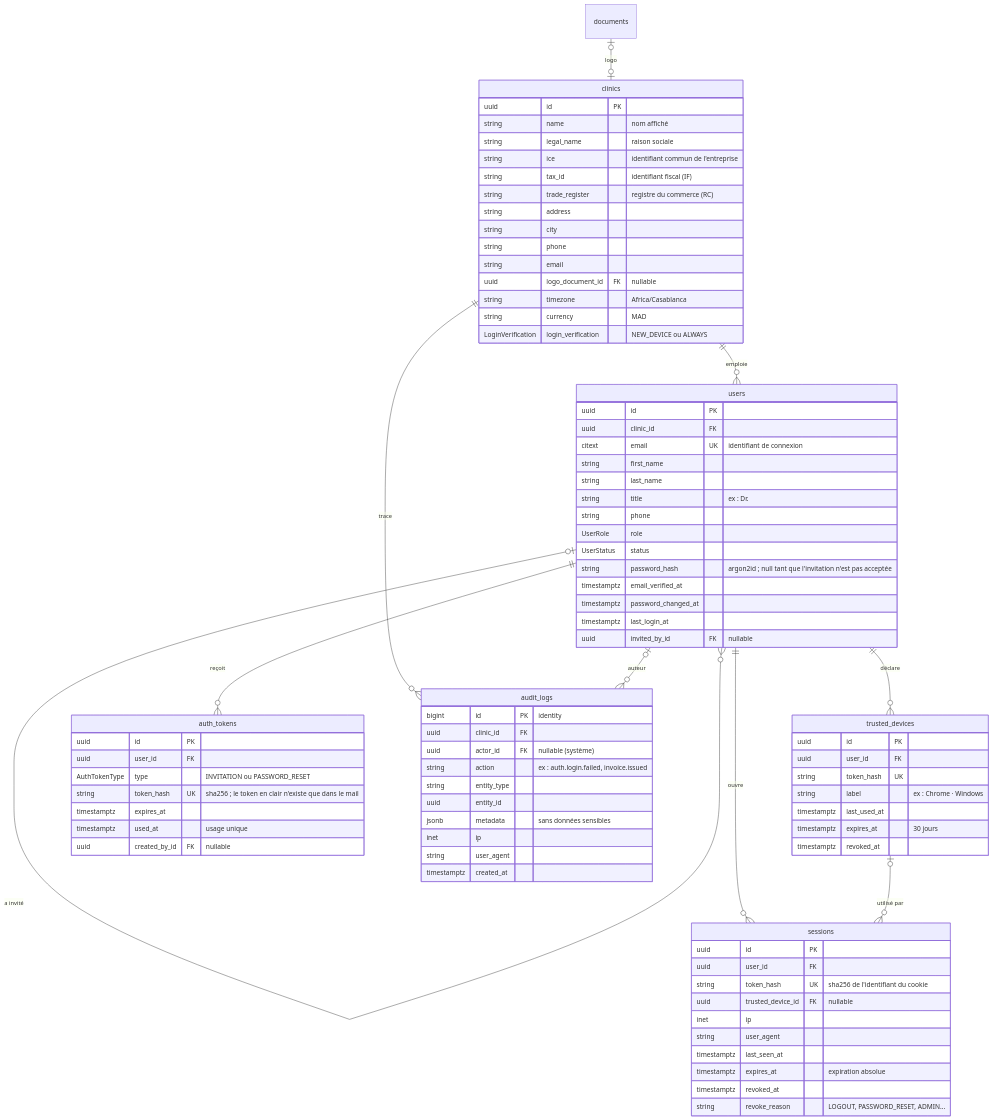
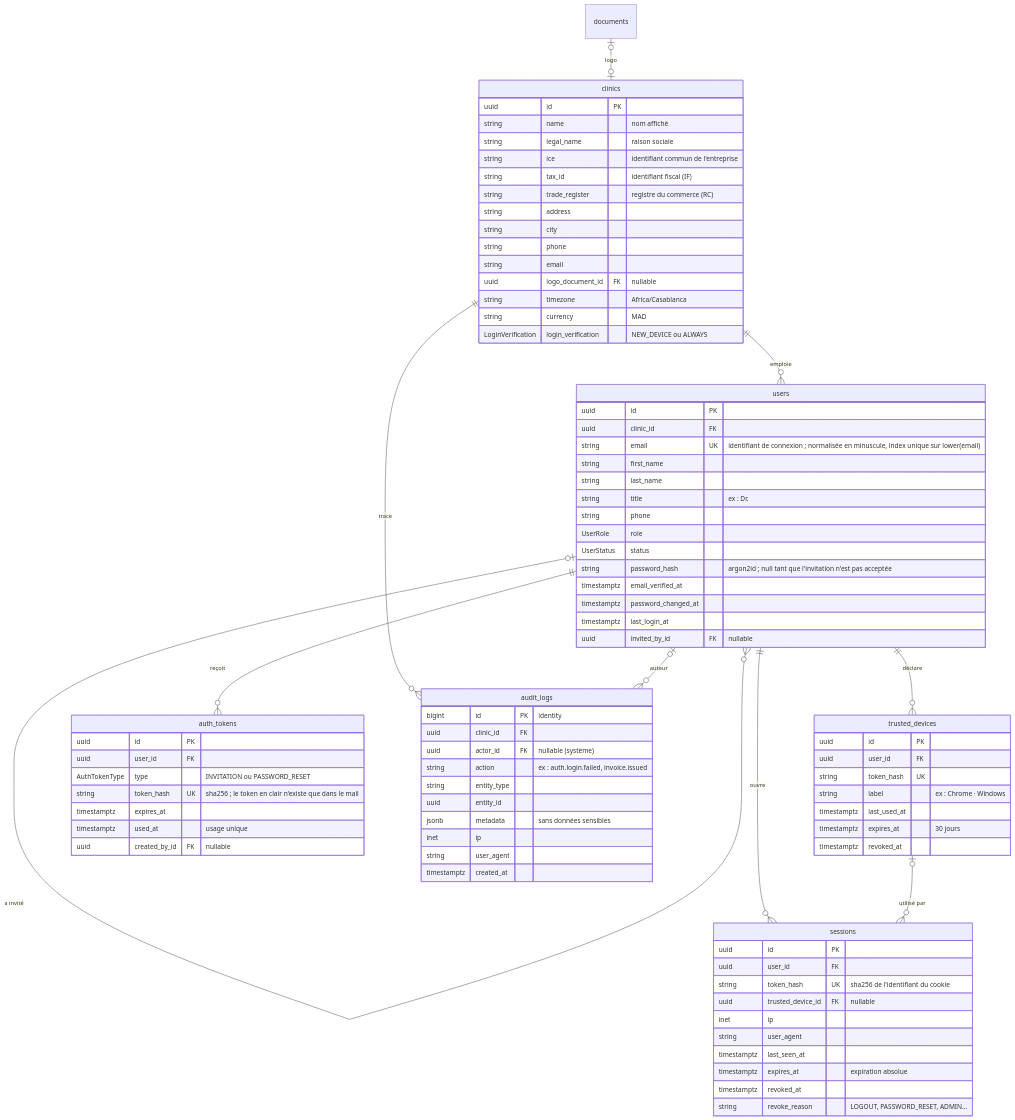
The second of 14 diagrams in docs/database/SCHEMA.md (Fares-Frini/veternity), drawn with Mermaid before and after one commit. The commit also changed other lines of this file and 4 other files, not shown here.

```diff
--- a/docs/database/SCHEMA.md
+++ b/docs/database/SCHEMA.md
@@ -118,7 +121,7 @@
   users {
     uuid id PK
     uuid clinic_id FK
-    citext email UK "identifiant de connexion"
+    string email UK "identifiant de connexion ; normalisée en minuscule, index unique sur lower(email)"
     string first_name
     string last_name
     string title "ex : Dr."
```
